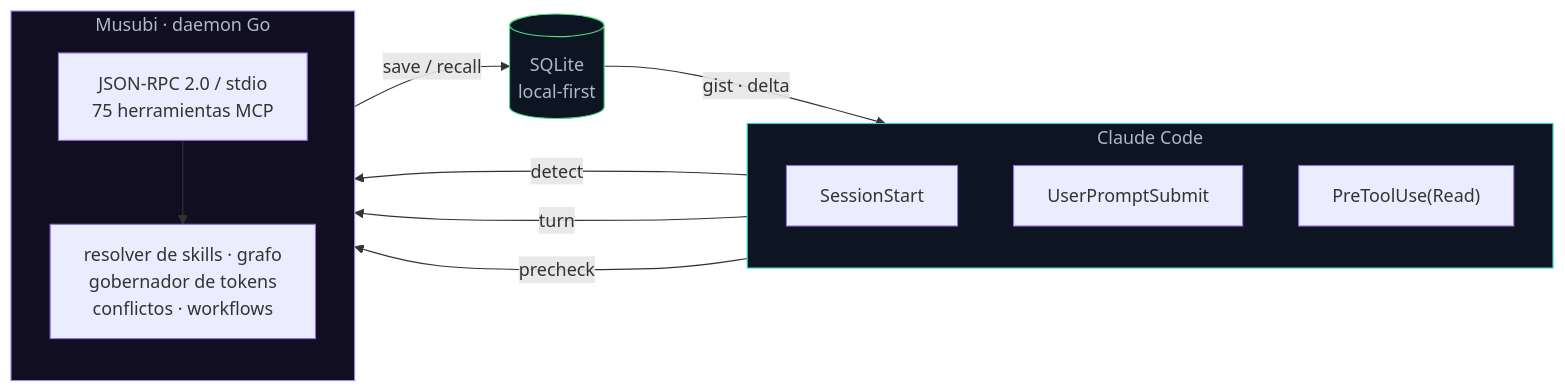
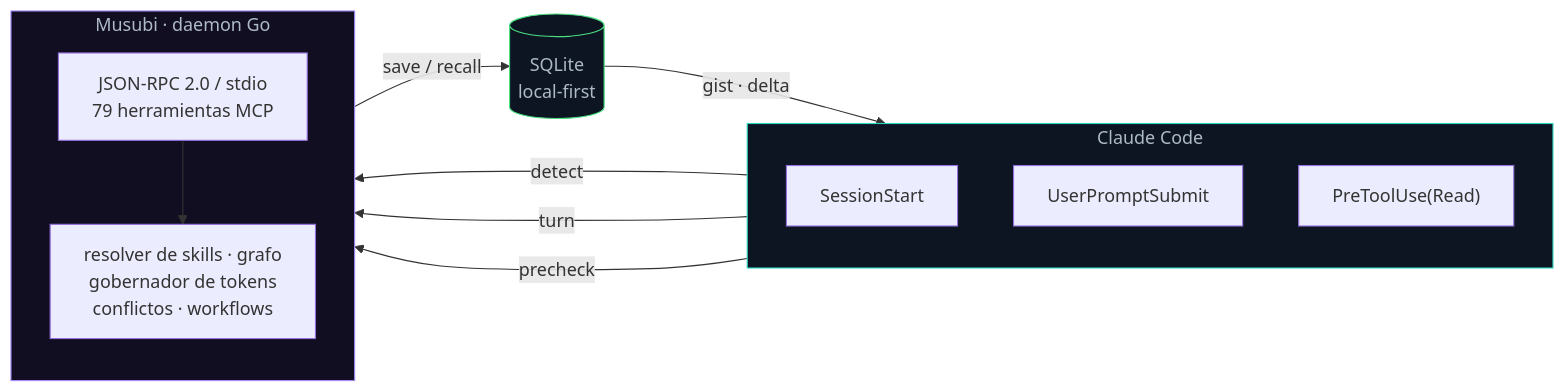
The first of 3 diagrams in README.md (codeabraham16/musubi), drawn with Mermaid before and after one commit. The commit also changed other lines of this file and 17 other files, not shown here.

````diff
--- a/README.md
+++ b/README.md
@@ -68,27 +68,27 @@
 ```mermaid
 flowchart LR
     subgraph CC["Claude Code"]
         direction TB
         H1["SessionStart"]
         H2["UserPromptSubmit"]
         H3["PreToolUse(Read)"]
     end
     subgraph M["Musubi · daemon Go"]
         direction TB
-        RPC["JSON-RPC 2.0 / stdio<br/>75 herramientas MCP"]
+        RPC["JSON-RPC 2.0 / stdio<br/>79 herramientas MCP"]
         COG["resolver de skills · grafo<br/>gobernador de tokens<br/>conflictos · workflows"]
     end
     DB[("SQLite<br/>local-first")]
 
     H1 -- "detect" --> RPC
     H2 -- "turn" --> RPC
     H3 -- "precheck" --> RPC
     RPC --> COG
     COG -- "save / recall" --> DB
     DB -- "gist · delta" --> CC
 
     classDef cc fill:#0d1422,stroke:#2dd4bf,color:#adbac7;
     classDef mm fill:#120e22,stroke:#a78bfa,color:#adbac7;
     classDef db fill:#0d1422,stroke:#4ade80,color:#adbac7;
     class CC cc; class M mm; class DB db;
 ```
````
